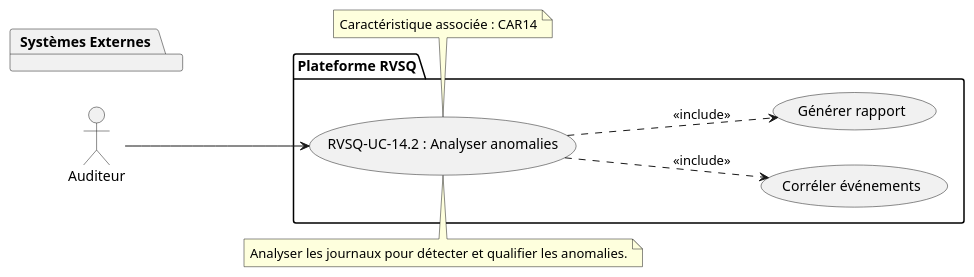
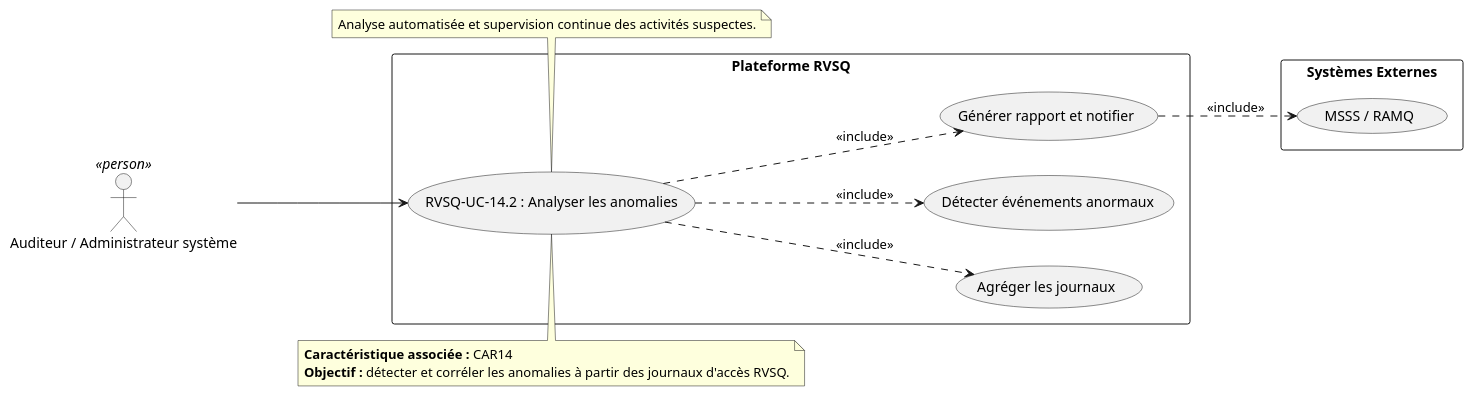
The diagram in RVSQ-UC-14_2_Analyser_Anomalies.puml (serghino/use-cases-RVSQ), drawn with PlantUML before and after one commit. The commit also changed 25 other files, not shown here.

```diff
--- a/RVSQ-UC-14_2_Analyser_Anomalies.puml
+++ b/RVSQ-UC-14_2_Analyser_Anomalies.puml
@@ -1,27 +1,32 @@
 @startuml RVSQ-UC-14_2_Analyser_Anomalies
 left to right direction
-actor "Auditeur" as a1
 
-package "Plateforme RVSQ" {
-  usecase "RVSQ-UC-14.2 : Analyser anomalies" as UC142
-  usecase "Corréler événements" as UC142_1
-  usecase "Générer rapport" as UC142_2
+actor "Auditeur / Administrateur système" as Auditeur <<person>>
+
+rectangle "Plateforme RVSQ" {
+  usecase "RVSQ-UC-14.2 : Analyser les anomalies" as UC142
+  usecase "Agréger les journaux" as UC142_A
+  usecase "Détecter événements anormaux" as UC142_B
+  usecase "Générer rapport et notifier" as UC142_C
 }
 
-package "Systèmes Externes" {
-  
+rectangle "Systèmes Externes" {
+  usecase "MSSS / RAMQ" as MSSS
 }
 
-a1 --> UC142
+Auditeur --> UC142
+UC142 ..> UC142_A : <<include>>
+UC142 ..> UC142_B : <<include>>
+UC142 ..> UC142_C : <<include>>
 
-UC142 ..> UC142_1 : <<include>>
-UC142 ..> UC142_2 : <<include>>
+UC142_C ..> MSSS : <<include>>
 
 note top of UC142
-Analyser les journaux pour détecter et qualifier les anomalies.
+  **Caractéristique associée :** CAR14
+  **Objectif :** détecter et corréler les anomalies à partir des journaux d'accès RVSQ.
 end note
 
 note bottom of UC142
-Caractéristique associée : CAR14
+  Analyse automatisée et supervision continue des activités suspectes.
 end note
 @enduml
```
